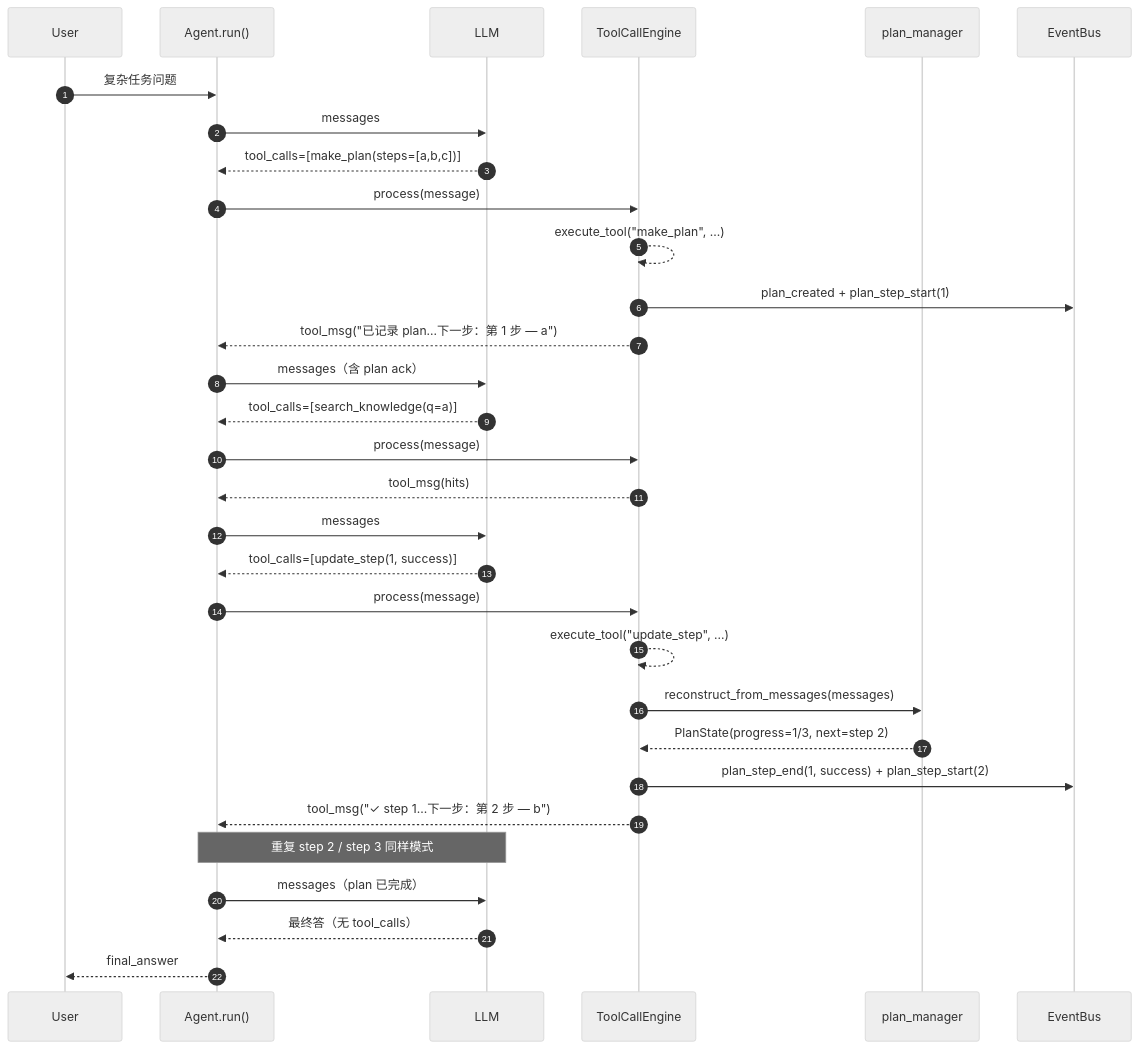
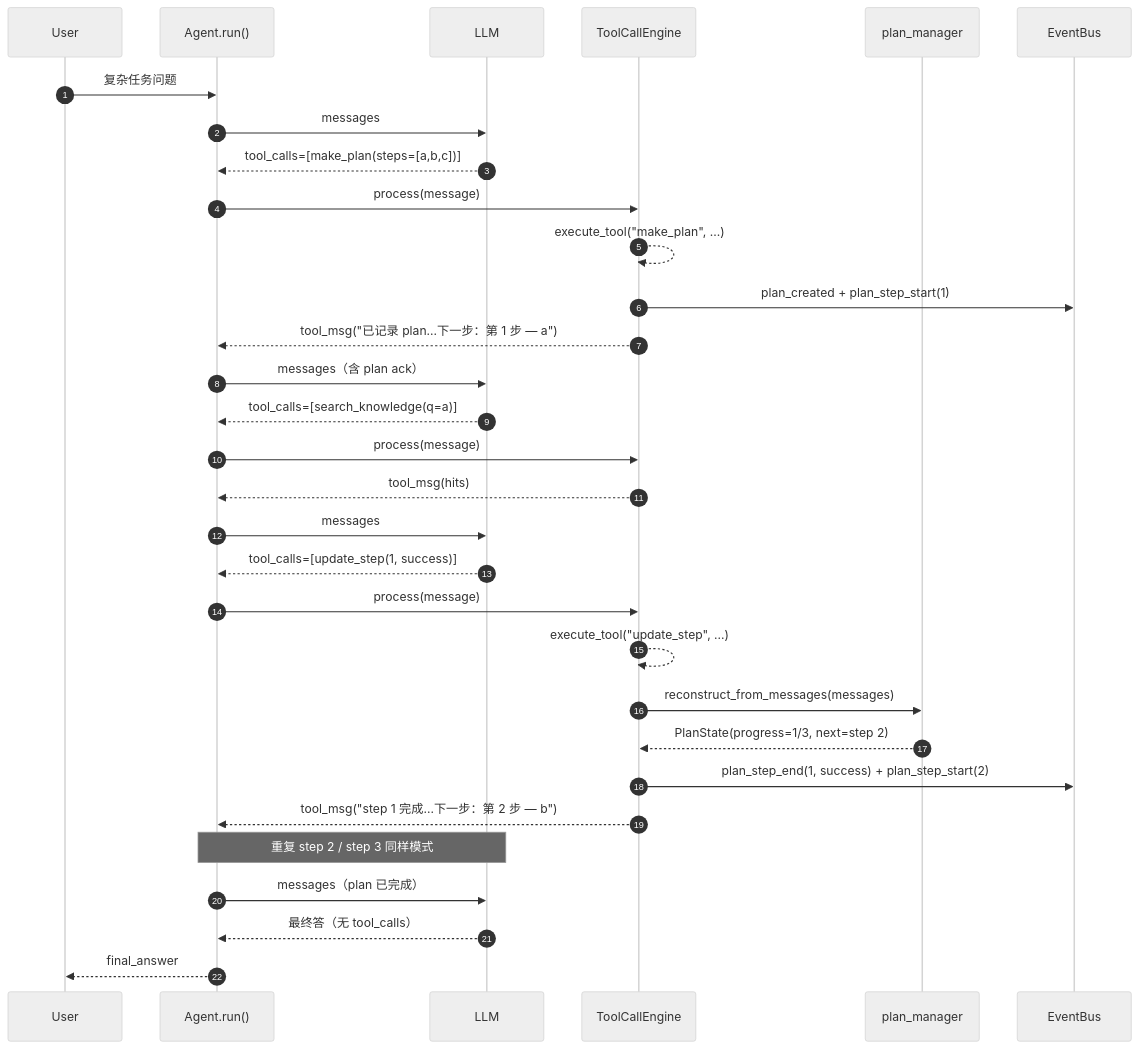
Diagram 15 of 27 in docs/design.md (michaelwangzhenan/AgentA), drawn with Mermaid (neutral theme) before and after one commit. The commit also changed other lines of this file and 14 other files, not shown here.

````diff
--- a/docs/design.md
+++ b/docs/design.md
@@ -575,38 +576,38 @@
 ```mermaid
 sequenceDiagram
     autonumber
     participant U as User
     participant A as Agent.run()
     participant L as LLM
     participant TCE as ToolCallEngine
     participant PM as plan_manager
     participant EB as EventBus
 
     U->>A: 复杂任务问题
     A->>L: messages
     L-->>A: tool_calls=[make_plan(steps=[a,b,c])]
     A->>TCE: process(message)
     TCE-->>TCE: execute_tool("make_plan", ...)
     TCE->>EB: plan_created + plan_step_start(1)
     TCE-->>A: tool_msg("已记录 plan...下一步：第 1 步 — a")
 
     A->>L: messages（含 plan ack）
     L-->>A: tool_calls=[search_knowledge(q=a)]
     A->>TCE: process(message)
     TCE-->>A: tool_msg(hits)
 
     A->>L: messages
     L-->>A: tool_calls=[update_step(1, success)]
     A->>TCE: process(message)
     TCE-->>TCE: execute_tool("update_step", ...)
     TCE->>PM: reconstruct_from_messages(messages)
     PM-->>TCE: PlanState(progress=1/3, next=step 2)
     TCE->>EB: plan_step_end(1, success) + plan_step_start(2)
-    TCE-->>A: tool_msg("✓ step 1...下一步：第 2 步 — b")
+    TCE-->>A: tool_msg("step 1 完成...下一步：第 2 步 — b")
 
     Note over A,L: 重复 step 2 / step 3 同样模式
 
     A->>L: messages（plan 已完成）
     L-->>A: 最终答（无 tool_calls）
     A-->>U: final_answer
 ```
````
